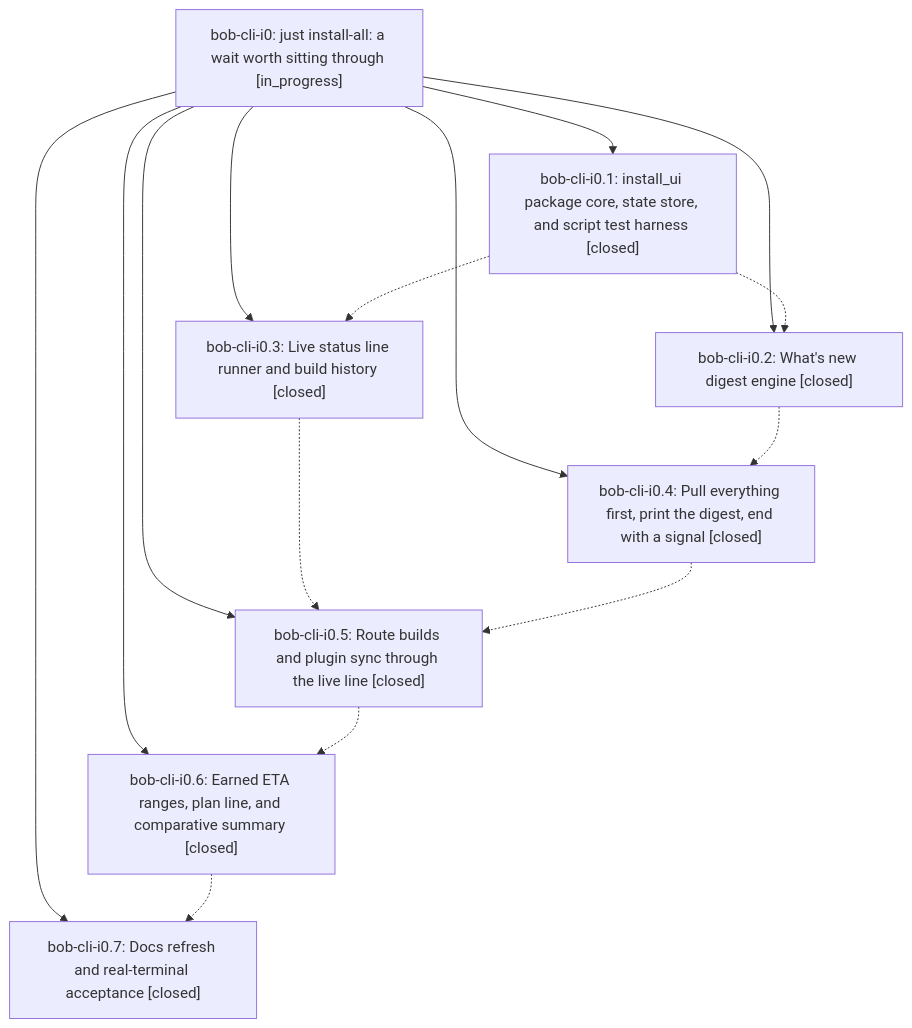
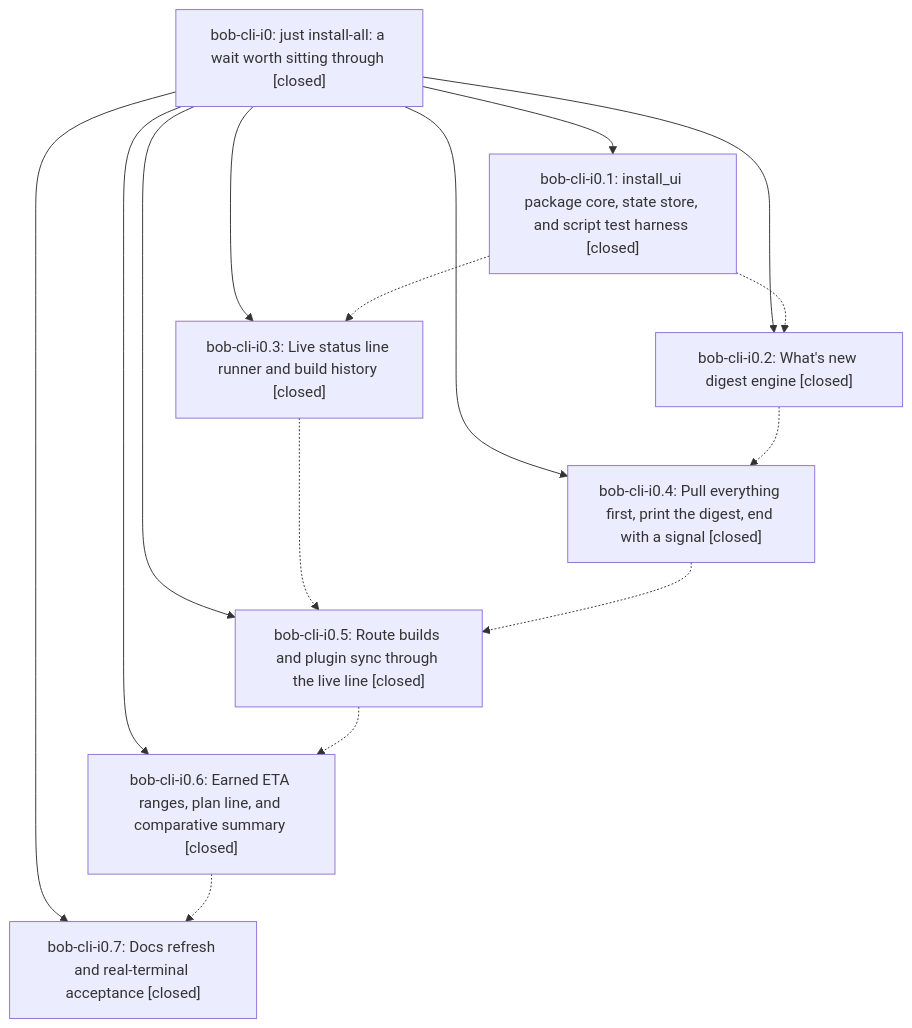
One commit to bobs-org/bob-cli--beads changed the diagram in pages/bob-cli-i0/README.md. Above: the diagram before and after it, drawn with Mermaid. The commit also changed other lines of this file, not shown here.

First line of the commit message:
chore(beads): sync bead state and pages for bob-cli-i0

````diff
--- a/pages/bob-cli-i0/README.md
+++ b/pages/bob-cli-i0/README.md
@@ -55,25 +57,25 @@
 ```mermaid
 flowchart TD
-    n0["bob-cli-i0: just install-all: a wait worth sitting through [in_progress]"]
+    n0["bob-cli-i0: just install-all: a wait worth sitting through [closed]"]
     n1["bob-cli-i0.1: install_ui package core, state store, and script test harness [closed]"]
     n2["bob-cli-i0.2: What's new digest engine [closed]"]
     n3["bob-cli-i0.3: Live status line runner and build history [closed]"]
     n4["bob-cli-i0.4: Pull everything first, print the digest, end with a signal [closed]"]
     n5["bob-cli-i0.5: Route builds and plugin sync through the live line [closed]"]
     n6["bob-cli-i0.6: Earned ETA ranges, plan line, and comparative summary [closed]"]
     n7["bob-cli-i0.7: Docs refresh and real-terminal acceptance [closed]"]
     n0 --> n1
     n0 --> n2
     n0 --> n3
     n0 --> n4
     n0 --> n5
     n0 --> n6
     n0 --> n7
     n1 -.-> n2
     n1 -.-> n3
     n2 -.-> n4
     n3 -.-> n5
     n4 -.-> n5
     n5 -.-> n6
     n6 -.-> n7
 ```
````
